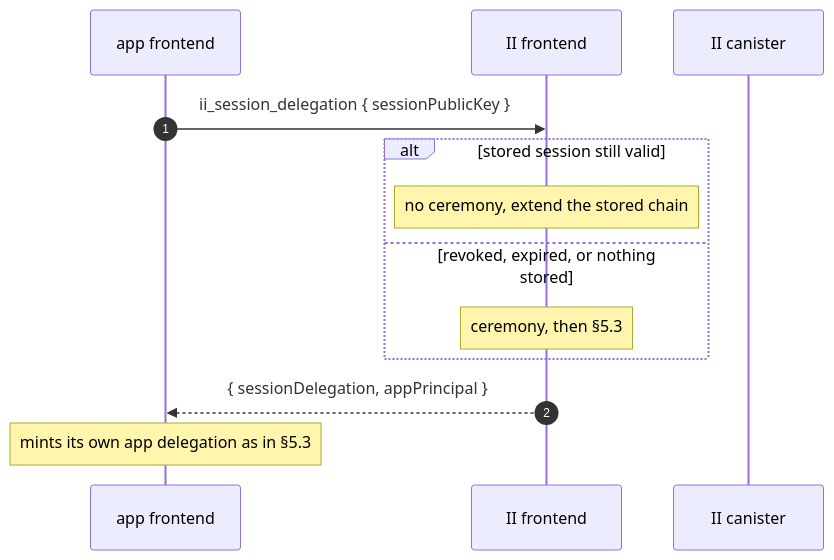
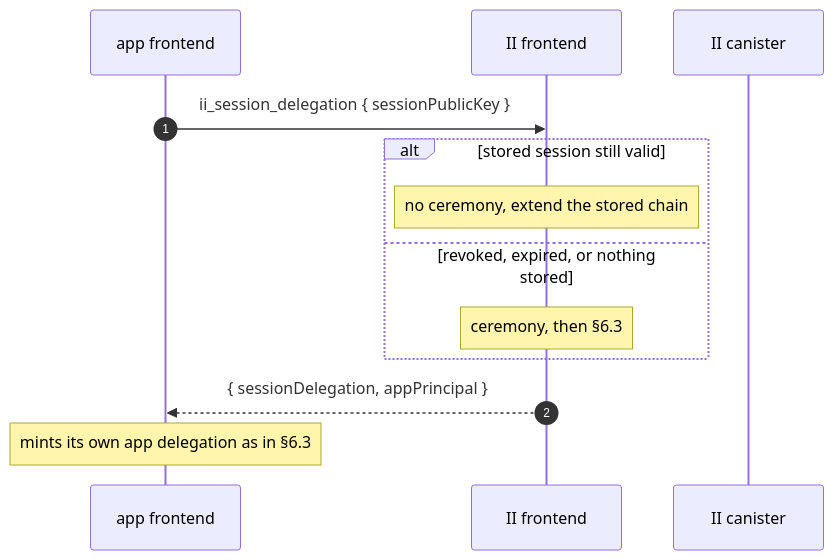
One commit to dfinity/internet-identity changed the fourth of 7 diagrams in docs/ongoing/revocable-app-sessions.md. Above: the diagram before and after it, drawn with Mermaid. The commit also changed other lines of this file, not shown here.

````diff
--- a/docs/ongoing/revocable-app-sessions.md
+++ b/docs/ongoing/revocable-app-sessions.md
@@ -291,15 +296,15 @@
 ```mermaid
 sequenceDiagram
     autonumber
     participant App as app frontend
     participant IIF as II frontend
     participant IIC as II canister
     App->>IIF: ii_session_delegation { sessionPublicKey }
     alt stored session still valid
         Note over IIF: no ceremony, extend the stored chain
     else revoked, expired, or nothing stored
-        Note over IIF: ceremony, then §5.3
+        Note over IIF: ceremony, then §6.3
     end
     IIF-->>App: { sessionDelegation, appPrincipal }
-    Note over App: mints its own app delegation as in §5.3
+    Note over App: mints its own app delegation as in §6.3
 ```
````
